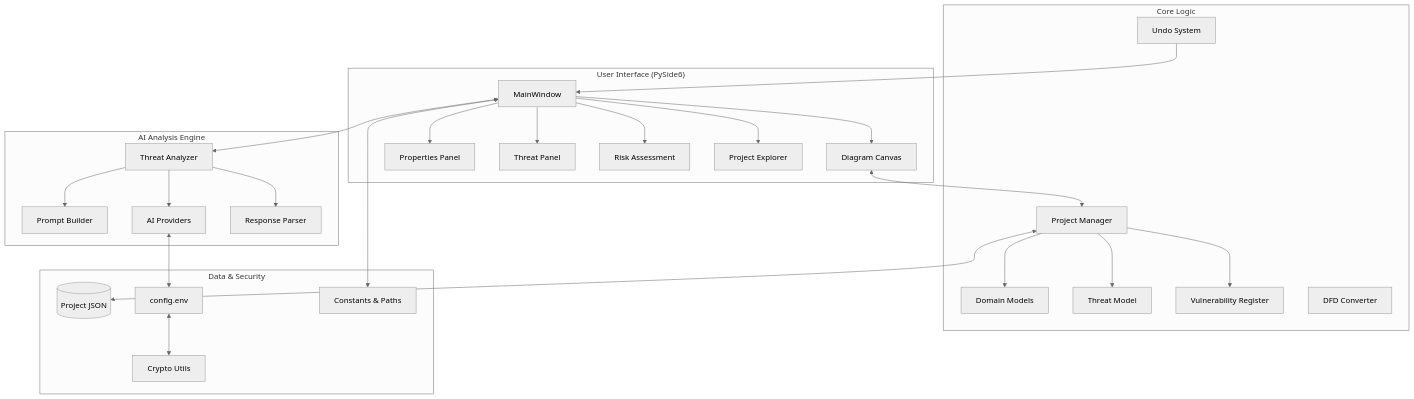
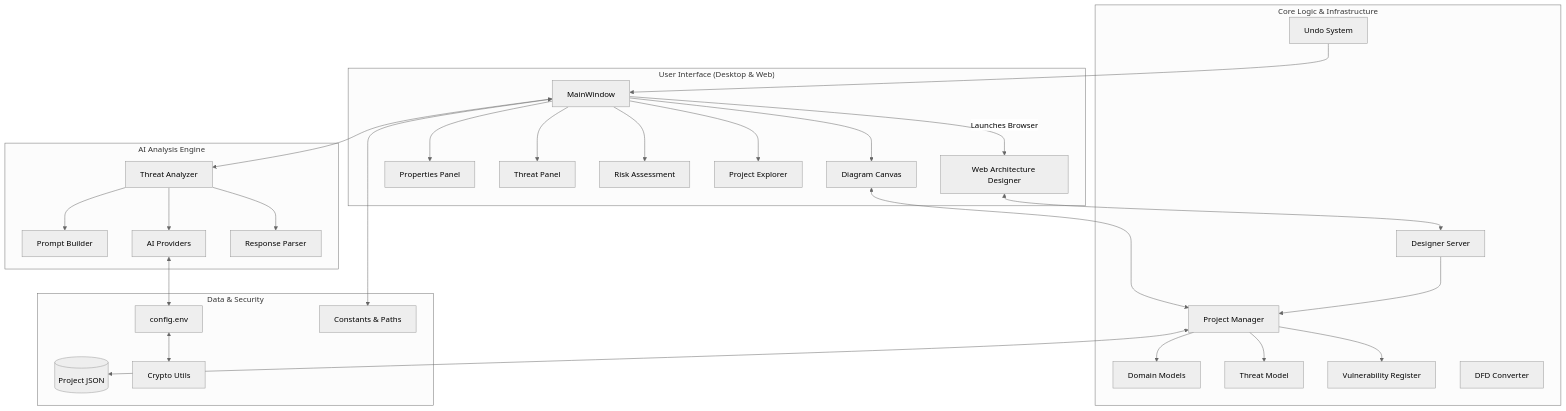
Before and after one commit to dipta-roy/ThreatPilot: the diagram in ARCHITECTURE.md, drawn with Mermaid (neutral theme). The commit also changed other lines of this file and 33 other files, not shown here.

````diff
--- a/ARCHITECTURE.md
+++ b/ARCHITECTURE.md
@@ -11,38 +11,41 @@
 ```mermaid
 graph TD
-    subgraph "User Interface (PySide6)"
+    subgraph "User Interface (Desktop & Web)"
         MW[MainWindow] --> DC[Diagram Canvas]
         MW --> PP[Properties Panel]
         MW --> TP[Threat Panel]
         MW --> RA[Risk Assessment]
         MW --> PE[Project Explorer]
+        MW -- "Launches Browser" --> WD[Web Architecture Designer]
     end
 
-    subgraph "Core Logic"
+    subgraph "Core Logic & Infrastructure"
         PM[Project Manager] --> DM[Domain Models]
         PM --> TM[Threat Model]
         PM --> VR[Vulnerability Register]
         US[Undo System] --> MW
         DFD[DFD Converter]
+        DS[Designer Server] --> PM
     end
 
     subgraph "AI Analysis Engine"
         TA[Threat Analyzer] --> PB[Prompt Builder]
         TA --> AP[AI Providers]
         TA --> RP[Response Parser]
     end
 
     subgraph "Data & Security"
         JSON[(Project JSON)]
         ENV[config.env]
         CRY[Crypto Utils]
         CON[Constants & Paths]
     end
 
     DC <--> PM
+    WD <--> DS
     PM <--> JSON
     MW <--> TA
     AP <--> ENV
     ENV <--> CRY
     MW <--> CON
 ```
````
